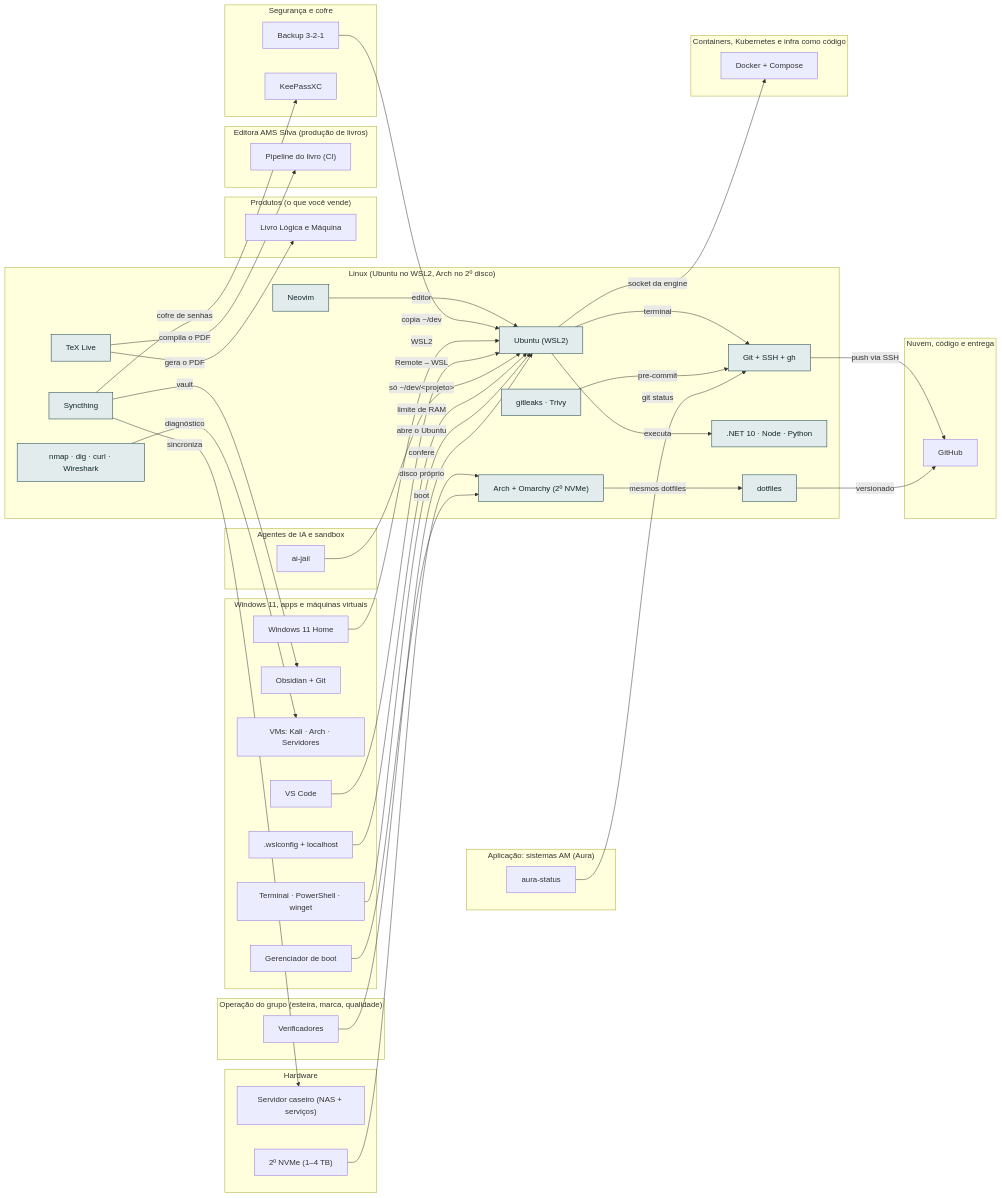
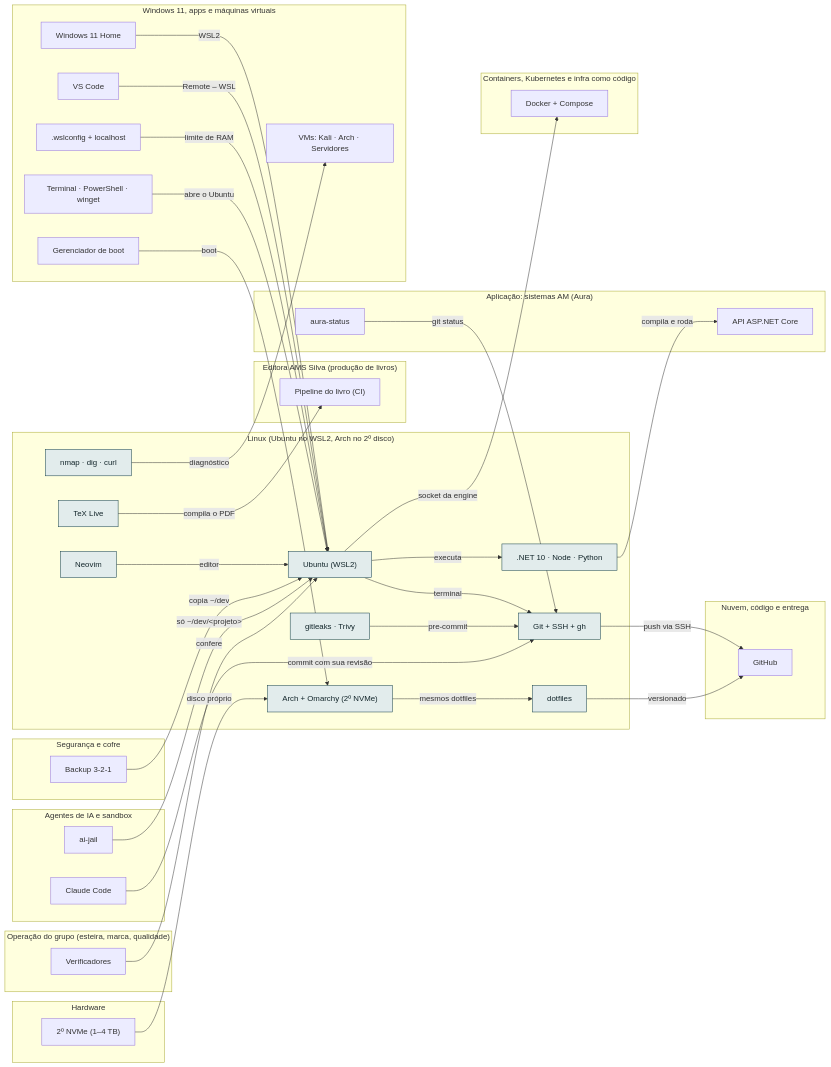
One commit to AlanMateus17/dev-setup changed the diagram in docs/camadas/04-lin.md. Above: the diagram before and after it, drawn with Mermaid. The commit also changed other lines of this file and 38 other files, not shown here.

````diff
--- a/docs/camadas/04-lin.md
+++ b/docs/camadas/04-lin.md
@@ -14,79 +14,72 @@
 ```mermaid
 flowchart LR
   subgraph L_lin["Linux (Ubuntu no WSL2, Arch no 2º disco)"]
     n_nvim["Neovim"]
-    n_netw["nmap · dig · curl · Wireshark"]
+    n_netw["nmap · dig · curl"]
     n_wsl["Ubuntu (WSL2)"]
     n_git["Git + SSH + gh"]
     n_rt[".NET 10 · Node · Python"]
     n_tex["TeX Live"]
     n_sec["gitleaks · Trivy"]
     n_dot["dotfiles"]
     n_arch["Arch + Omarchy (2º NVMe)"]
-    n_syncth["Syncthing"]
   end
   subgraph L_oper["Operação do grupo (esteira, marca, qualidade)"]
     n_overif["Verificadores"]
-  end
-  subgraph L_prod["Produtos (o que você vende)"]
-    n_livro["Livro Lógica e Máquina"]
   end
   subgraph L_editora["Editora AMS Silva (produção de livros)"]
     n_bci["Pipeline do livro (CI)"]
   end
   subgraph L_nuvem["Nuvem, código e entrega"]
     n_gh["GitHub"]
   end
   subgraph L_app["Aplicação: sistemas AM (Aura)"]
+    n_api["API ASP.NET Core"]
     n_status["aura-status"]
   end
   subgraph L_cnt["Containers, Kubernetes e infra como código"]
     n_docker["Docker + Compose"]
   end
   subgraph L_ia["Agentes de IA e sandbox"]
+    n_cc["Claude Code"]
     n_jail["ai-jail"]
   end
   subgraph L_win["Windows 11, apps e máquinas virtuais"]
     n_boot["Gerenciador de boot"]
-    n_obsd["Obsidian + Git"]
     n_vms["VMs: Kali · Arch · Servidores"]
     n_vsc["VS Code"]
     n_w11["Windows 11 Home"]
     n_wslcfg[".wslconfig + localhost"]
     n_wterm["Terminal · PowerShell · winget"]
   end
   subgraph L_seg["Segurança e cofre"]
     n_bkp["Backup 3-2-1"]
-    n_kee["KeePassXC"]
   end
   subgraph L_hw["Hardware"]
-    n_nas["Servidor caseiro (NAS + serviços)"]
     n_nvme["2º NVMe (1–4 TB)"]
   end
   n_nvim -->|"editor"| n_wsl
   n_netw -->|"diagnóstico"| n_vms
   n_wsl -->|"terminal"| n_git
   n_wsl -->|"executa"| n_rt
   n_wsl -->|"socket da engine"| n_docker
   n_bkp -->|"copia ~/dev"| n_wsl
   n_w11 -->|"WSL2"| n_wsl
   n_vsc -->|"Remote – WSL"| n_wsl
   n_jail -->|"só ~/dev/#lt;projeto#gt;"| n_wsl
   n_wslcfg -->|"limite de RAM"| n_wsl
   n_wterm -->|"abre o Ubuntu"| n_wsl
   n_overif -->|"confere"| n_wsl
   n_git -->|"push via SSH"| n_gh
   n_sec -->|"pre-commit"| n_git
   n_status -->|"git status"| n_git
-  n_tex -->|"gera o PDF"| n_livro
+  n_cc -->|"commit com sua revisão"| n_git
+  n_rt -->|"compila e roda"| n_api
   n_tex -->|"compila o PDF"| n_bci
   n_dot -->|"versionado"| n_gh
   n_arch -->|"mesmos dotfiles"| n_dot
   n_nvme -->|"disco próprio"| n_arch
   n_boot -->|"boot"| n_arch
-  n_syncth -->|"sincroniza"| n_nas
-  n_syncth -->|"vault"| n_obsd
-  n_syncth -->|"cofre de senhas"| n_kee
   classDef desta fill:#e2ecec,stroke:#0e3a45,color:#13262b
-  class n_nvim,n_netw,n_wsl,n_git,n_rt,n_tex,n_sec,n_dot,n_arch,n_syncth desta
+  class n_nvim,n_netw,n_wsl,n_git,n_rt,n_tex,n_sec,n_dot,n_arch desta
 ```
````
